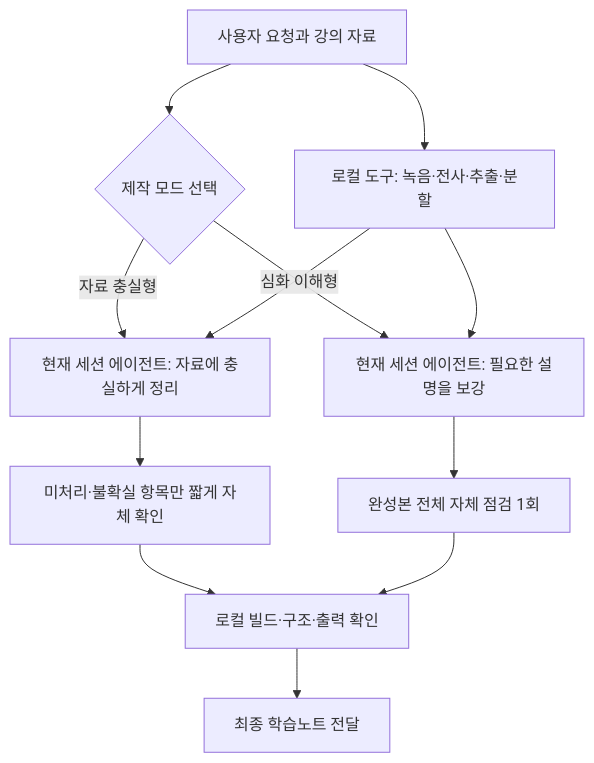
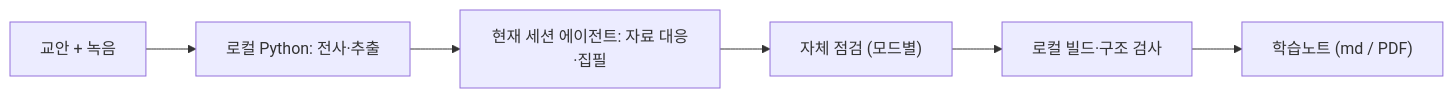
The diagram in README.md (choconyam/gongbu-haja), drawn with Mermaid before and after one commit. The commit also changed other lines of this file and 7 other files, not shown here.

````diff
--- a/README.md
+++ b/README.md
@@ -228,14 +78,8 @@
 ```mermaid
-flowchart TD
-    U["사용자 요청과 강의 자료"] --> M{"제작 모드 선택"}
-    M -->|"자료 충실형"| F["현재 세션 에이전트: 자료에 충실하게 정리"]
-    M -->|"심화 이해형"| D["현재 세션 에이전트: 필요한 설명을 보강"]
-    U --> P["로컬 도구: 녹음·전사·추출·분할"]
-    P --> F
-    P --> D
-    F --> FC["미처리·불확실 항목만 짧게 자체 확인"]
-    D --> DC["완성본 전체 자체 점검 1회"]
-    FC --> B["로컬 빌드·구조·출력 확인"]
-    DC --> B
-    B --> O["최종 학습노트 전달"]
+flowchart LR
+    U["교안 + 녹음"] --> P["로컬 Python: 전사·추출"]
+    P --> A["현재 세션 에이전트: 자료 대응·집필"]
+    A --> C["자체 점검 (모드별)"]
+    C --> B["로컬 빌드·구조 검사"]
+    B --> O["학습노트 (md / PDF)"]
 ```
````
